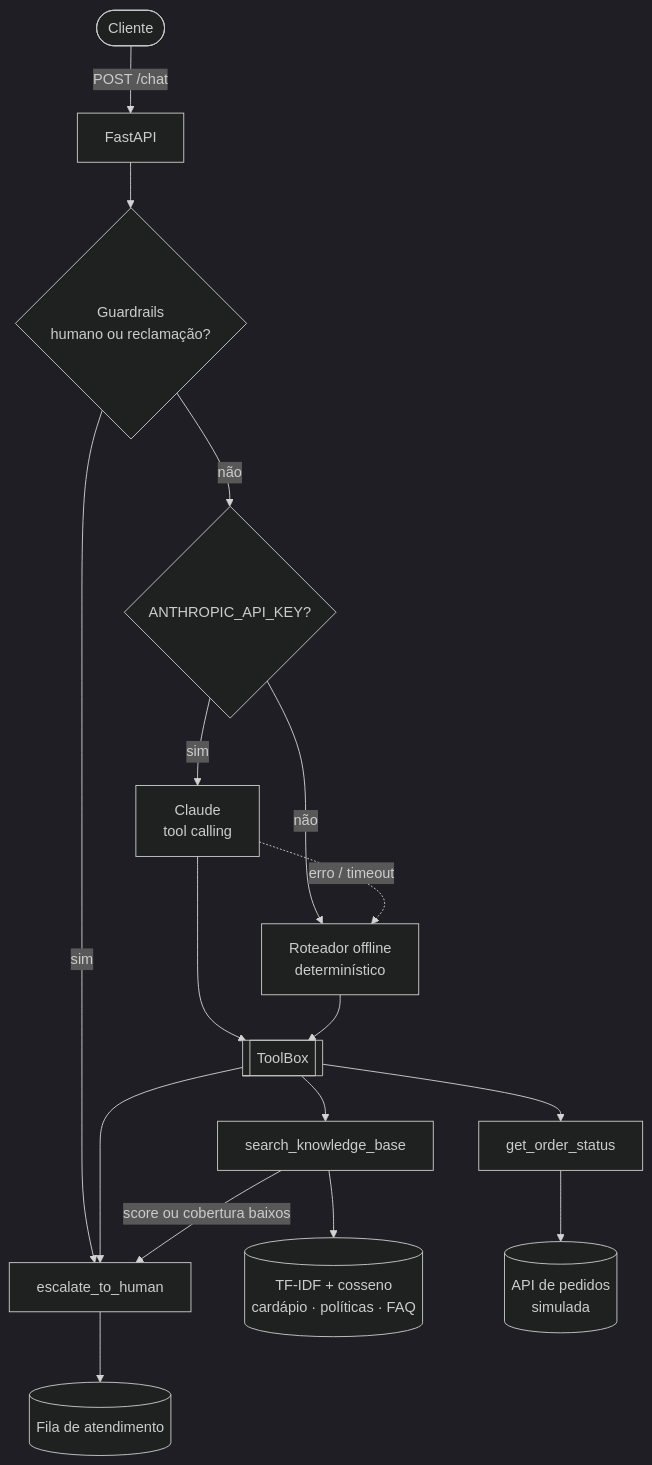
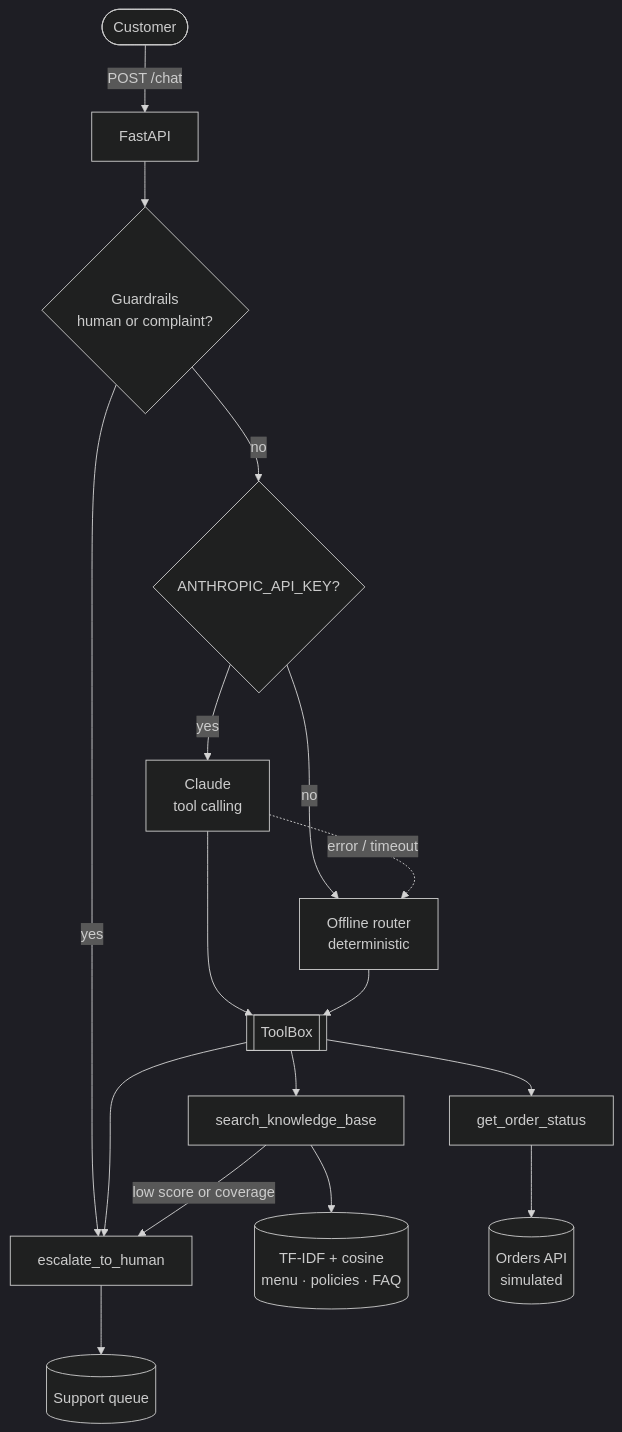
Before and after one commit to PresetyX/restaurant-support-agent: the first of 2 diagrams in README.md, drawn with Mermaid (dark theme). The commit also changed other lines of this file and 1 other file, not shown here.

````diff
--- a/README.md
+++ b/README.md
@@ -48,24 +51,24 @@
 ```mermaid
 flowchart TD
-    U([Cliente]) -->|POST /chat| API[FastAPI]
-    API --> G{Guardrails<br/>humano ou reclamação?}
-    G -->|sim| H[escalate_to_human]
-    G -->|não| M{ANTHROPIC_API_KEY?}
+    U([Customer]) -->|POST /chat| API[FastAPI]
+    API --> G{Guardrails<br/>human or complaint?}
+    G -->|yes| H[escalate_to_human]
+    G -->|no| M{ANTHROPIC_API_KEY?}
 
-    M -->|sim| LLM[Claude<br/>tool calling]
-    M -->|não| OFF[Roteador offline<br/>determinístico]
-    LLM -. erro / timeout .-> OFF
+    M -->|yes| LLM[Claude<br/>tool calling]
+    M -->|no| OFF[Offline router<br/>deterministic]
+    LLM -. error / timeout .-> OFF
 
     LLM --> TB[[ToolBox]]
     OFF --> TB
 
     TB --> S[search_knowledge_base]
     TB --> O[get_order_status]
     TB --> H
 
-    S --> R[(TF-IDF + cosseno<br/>cardápio · políticas · FAQ)]
-    O --> DB[(API de pedidos<br/>simulada)]
-    H --> Q[(Fila de atendimento)]
+    S --> R[(TF-IDF + cosine<br/>menu · policies · FAQ)]
+    O --> DB[(Orders API<br/>simulated)]
+    H --> Q[(Support queue)]
 
-    S -->|score ou cobertura baixos| H
+    S -->|low score or coverage| H
 ```
````
